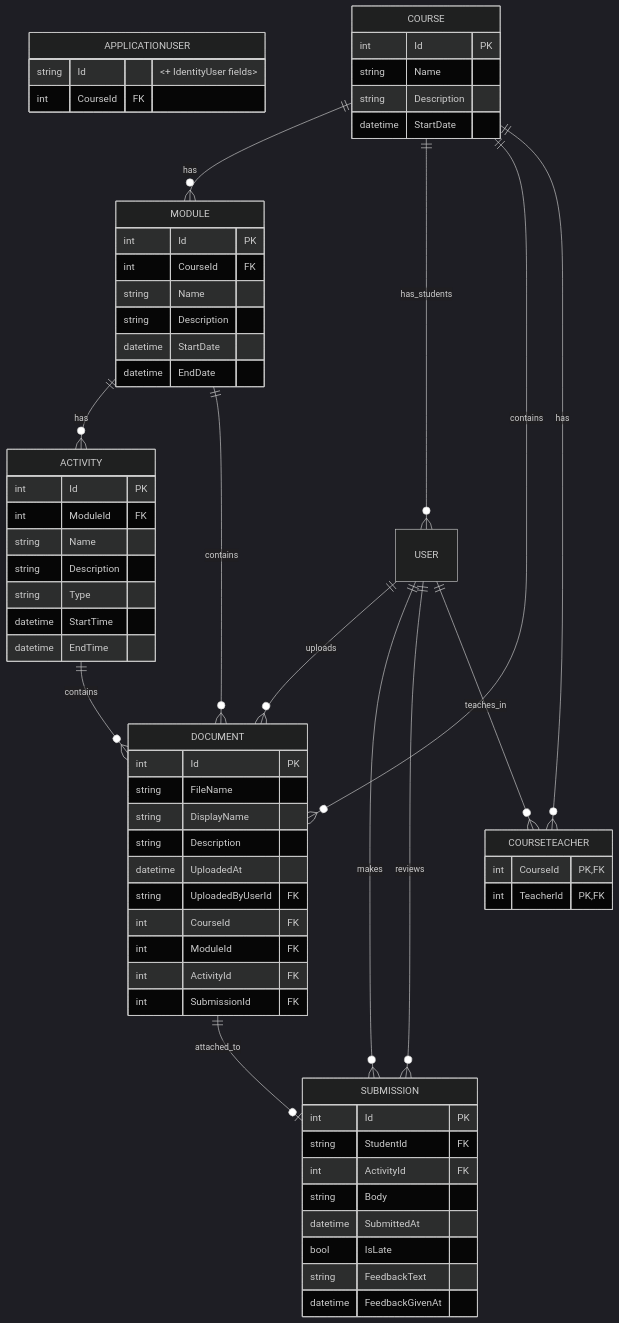
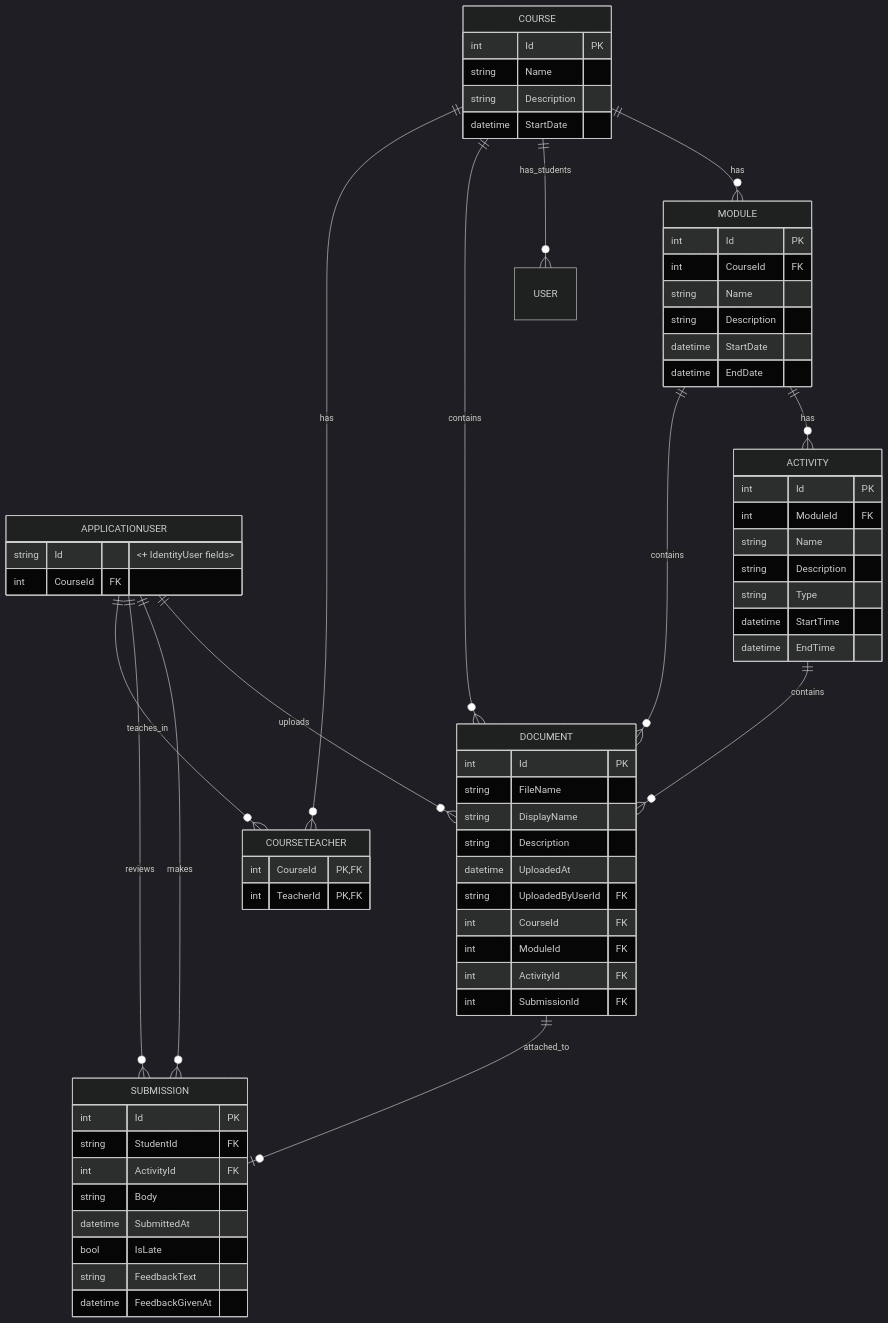
One commit to Lexicon-NET-2025-HT/LMS changed the diagram in README.md. Above: the diagram before and after it, drawn with Mermaid (dark theme).

Commit message:
fix naming error in readme db schema

````diff
--- a/README.md
+++ b/README.md
@@ -4,75 +4,75 @@
 ```mermaid
 erDiagram
     APPLICATIONUSER {
         string Id "<+ IdentityUser fields>"
         int CourseId FK
     }
 
     COURSE {
         int Id PK
         string Name
         string Description
         datetime StartDate
     }
 
     MODULE {
         int Id PK
         int CourseId FK
         string Name
         string Description
         datetime StartDate
         datetime EndDate
     }
 
     ACTIVITY {
         int Id PK
         int ModuleId FK
         string Name
         string Description
         string Type
         datetime StartTime
         datetime EndTime
     }
 
     DOCUMENT {
         int Id PK
         string FileName
         string DisplayName
         string Description
         datetime UploadedAt
         string UploadedByUserId FK
         int CourseId FK
         int ModuleId FK
         int ActivityId FK
         int SubmissionId FK
     }
 
     SUBMISSION {
         int Id PK
         string StudentId FK
         int ActivityId FK
         string Body
         datetime SubmittedAt
         bool IsLate
         string FeedbackText
         datetime FeedbackGivenAt
     }
 
     COURSETEACHER {
         int CourseId PK, FK
         int TeacherId PK, FK
     }
 
     COURSE ||--o{ MODULE : has
     MODULE ||--o{ ACTIVITY : has
     COURSE ||--o{ USER : has_students
-    USER ||--o{ DOCUMENT : uploads
+    APPLICATIONUSER ||--o{ DOCUMENT : uploads
     COURSE ||--o{ DOCUMENT : contains
     MODULE ||--o{ DOCUMENT : contains
     ACTIVITY ||--o{ DOCUMENT : contains
-    USER ||--o{ SUBMISSION : makes
+    APPLICATIONUSER ||--o{ SUBMISSION : makes
     DOCUMENT ||--o| SUBMISSION : attached_to
-    USER ||--o{ SUBMISSION : reviews
+    APPLICATIONUSER ||--o{ SUBMISSION : reviews
     COURSE ||--o{ COURSETEACHER : has
-    USER ||--o{ COURSETEACHER : teaches_in
+    APPLICATIONUSER ||--o{ COURSETEACHER : teaches_in
 ```
````
